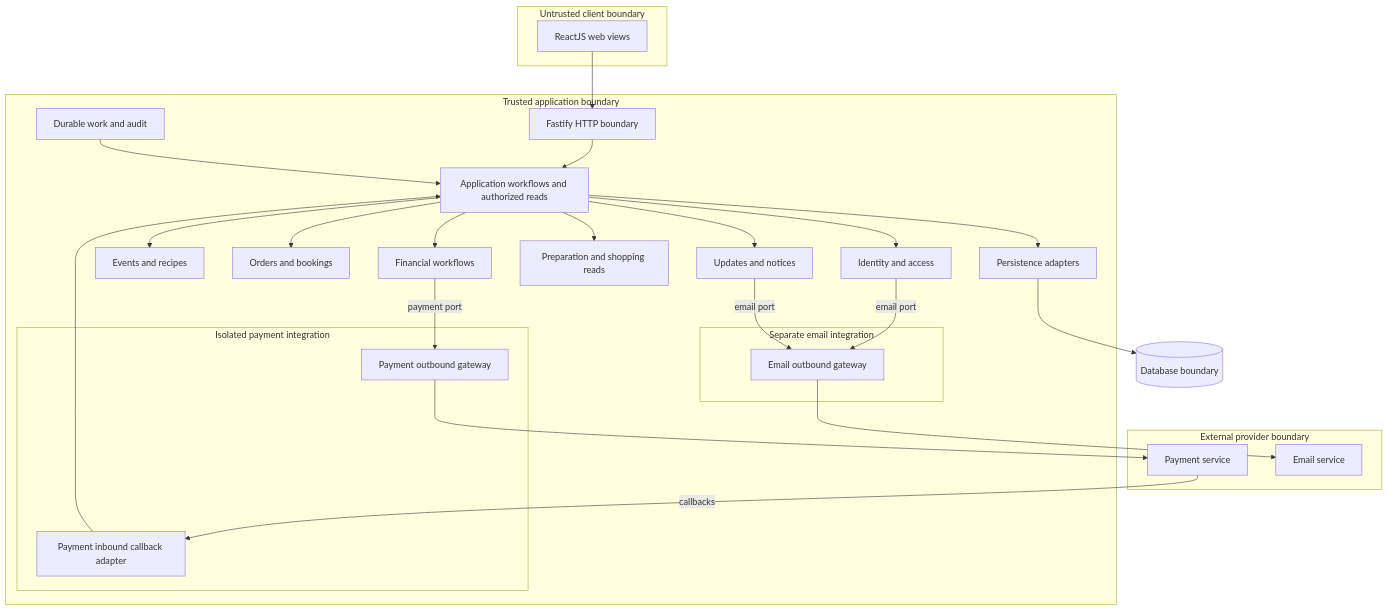
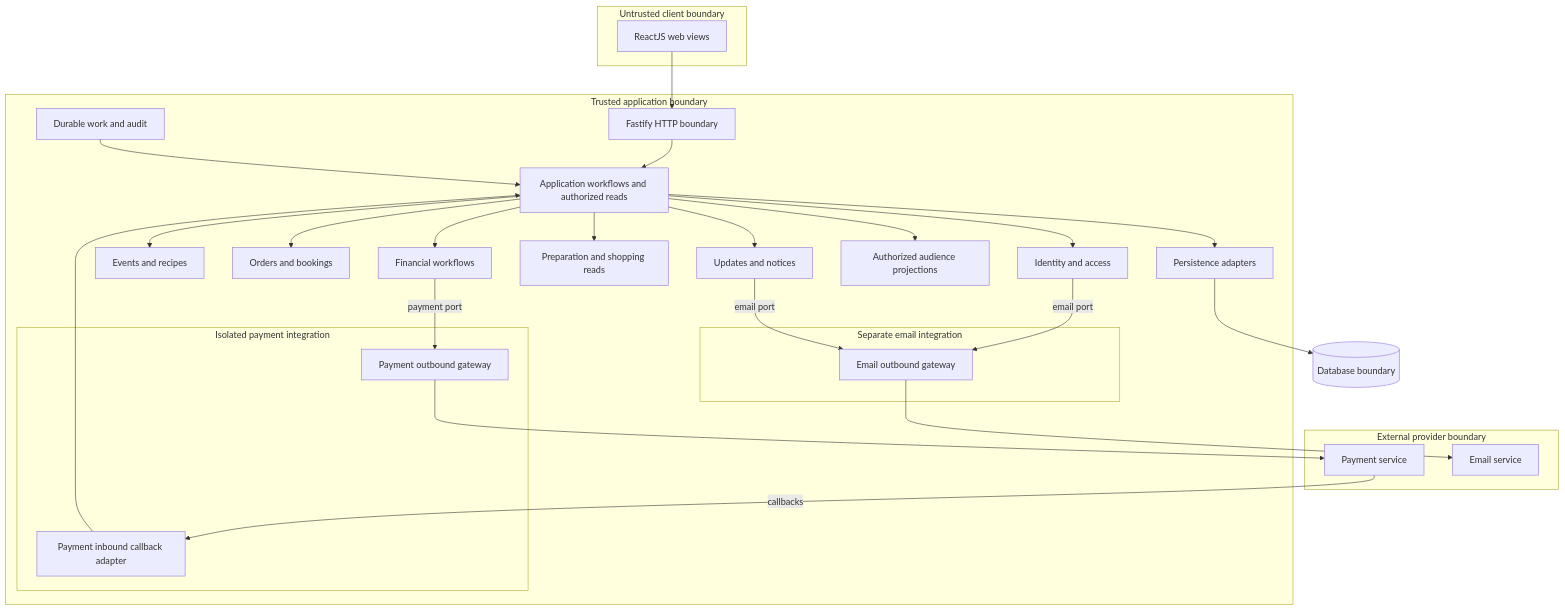
The first of 3 diagrams in ARCHITECTURE.md (jmanico/picky-party), drawn with Mermaid before and after one commit. The commit also changed other lines of this file and 15 other files, not shown here.

````diff
--- a/ARCHITECTURE.md
+++ b/ARCHITECTURE.md
@@ -61,43 +61,45 @@
 ```mermaid
 flowchart TB
   subgraph Client[Untrusted client boundary]
     Web[ReactJS web views]
   end
   subgraph Server[Trusted application boundary]
     API[Fastify HTTP boundary]
     App[Application workflows and authorized reads]
     Identity[Identity and access]
     Events[Events and recipes]
     Orders[Orders and bookings]
     Finance[Financial workflows]
     Planning[Preparation and shopping reads]
     Notices[Updates and notices]
+    Projection[Authorized audience projections]
     Work[Durable work and audit]
     Persistence[Persistence adapters]
     subgraph PaymentIntegration[Isolated payment integration]
       PaymentGateway[Payment outbound gateway]
       Callback[Payment inbound callback adapter]
     end
     subgraph EmailIntegration[Separate email integration]
       EmailGateway[Email outbound gateway]
     end
     API --> App
     App --> Identity & Events & Orders & Finance & Planning & Notices
+    App --> Projection
     Work --> App
     App --> Persistence
     Finance -->|payment port| PaymentGateway
     Identity -->|email port| EmailGateway
     Notices -->|email port| EmailGateway
     Callback --> App
   end
   DB[(Database boundary)]
   subgraph External[External provider boundary]
     Payment[Payment service]
     Email[Email service]
   end
   Web --> API
   Payment -->|callbacks| Callback
   Persistence --> DB
   PaymentGateway --> Payment
   EmailGateway --> Email
 ```
````
